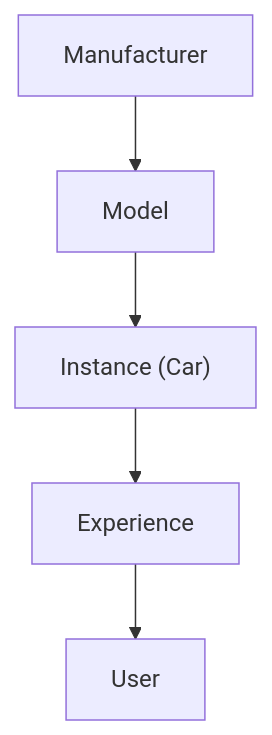
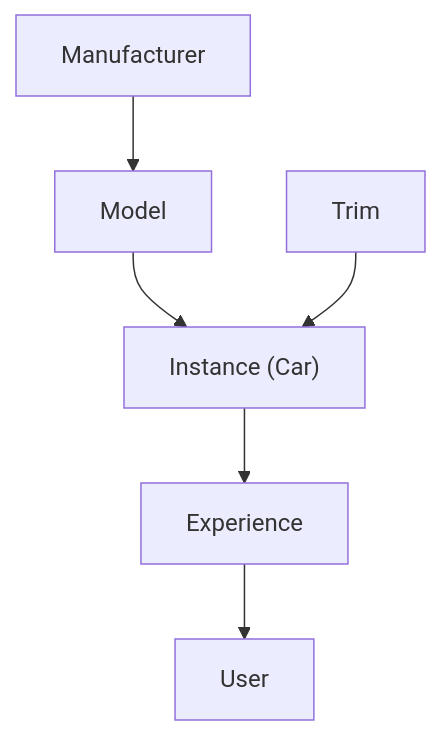
The diagram in docs/product.md (UUeird/dyno), drawn with Mermaid before and after one commit.

Commit message:
Add Trim to product flow chart
Trim flows into Instance, alongside the Manufacturer>Model chain.

````diff
--- a/docs/product.md
+++ b/docs/product.md
@@ -7,4 +7,5 @@
 ```mermaid
 flowchart TD
     Manufacturer --> Model --> Instance["Instance (Car)"] --> Experience --> User
+    Trim --> Instance
 ```
````
